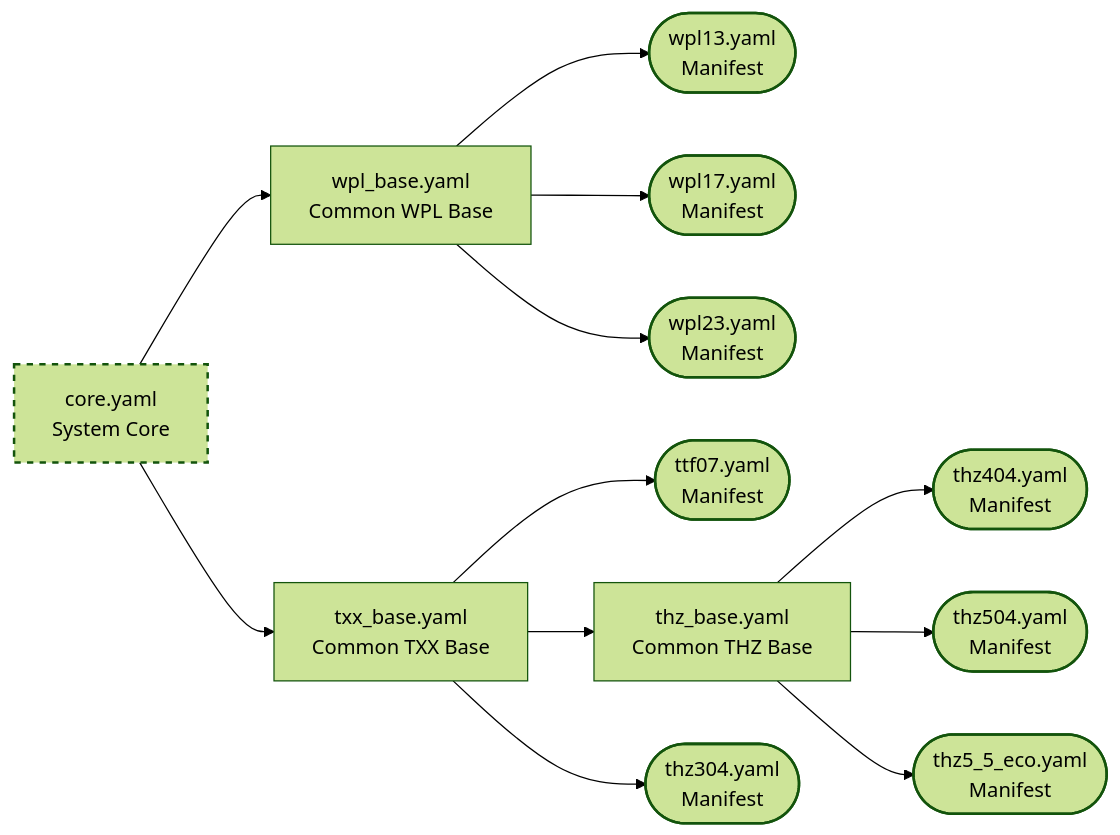
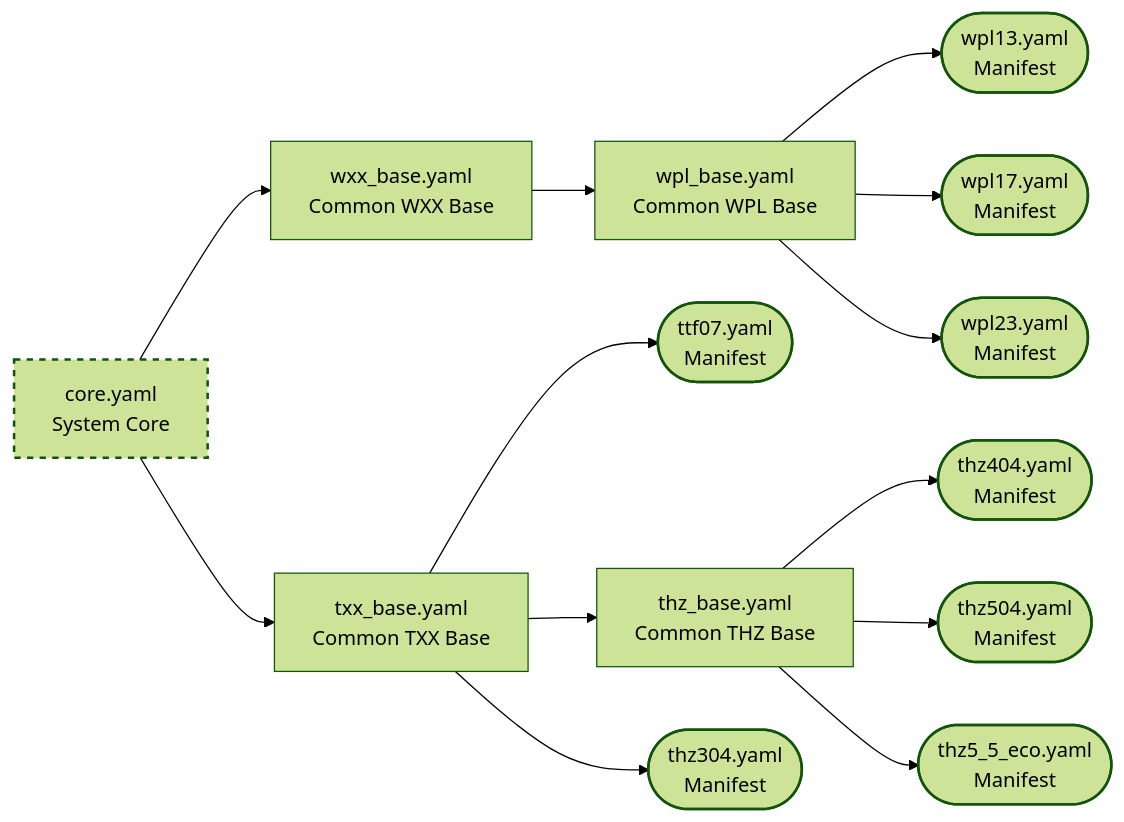
Before and after one commit to kr0ner/OneESP32ToRuleThemAll: the diagram in README.md, drawn with Mermaid (forest theme). The commit also changed 2 other files, not shown here.

Commit message:
Introduce wxx_base.yaml as the shared base for WPL and WPE variants
address #363

The WPM family is not limited to the WPL models. The WPE-I speaks the
same protocol but has no integrated DHW, and its Manager does not serve
the BETRIEBS_STATUS word (verified on a WPE-I 08 HK 230 Premium, where
the panel showed Heizkreispumpe 2 running while all twelve binaries
stayed off).

Split wpl_base.yaml the same way txx_base.yaml and thz_base.yaml are
layered:
- wxx_base.yaml carries everything common to WPL and WPE
- wpl_base.yaml includes it and adds the WPL specific parts, namely the
  Manager BETRIEBS_STATUS binaries and the four DHW energy counters

No behavior change for wpl13, wpl17 and wpl23: they keep including
wpl_base.yaml and end up with exactly the same entities as before.

```diff
--- a/README.md
+++ b/README.md
@@ -121,27 +121,29 @@
 ~~~mermaid
 flowchart LR
-    core[core.yaml<br>System Core] --> wpl_base[wpl_base.yaml<br>Common WPL Base]
+    core[core.yaml<br>System Core] --> wxx[wxx_base.yaml<br>Common WXX Base]
     core --> txx[txx_base.yaml<br>Common TXX Base]
+
+    wxx --> wpl_base[wpl_base.yaml<br>Common WPL Base]
 
     wpl_base --> wpl13([wpl13.yaml<br>Manifest])
     wpl_base --> wpl17([wpl17.yaml<br>Manifest])
     wpl_base --> wpl23([wpl23.yaml<br>Manifest])
 
     txx --> ttf07([ttf07.yaml<br>Manifest])
     txx --> thz[thz_base.yaml<br>Common THZ Base]
     txx --> thz304([thz304.yaml<br>Manifest])
 
     thz --> thz404([thz404.yaml<br>Manifest])
     thz --> thz504([thz504.yaml<br>Manifest])
     thz --> thz55([thz5_5_eco.yaml<br>Manifest])
 
     style core stroke-width:2px,stroke-dasharray: 5 5
     style wpl13 stroke-width:2px
     style wpl17 stroke-width:2px
     style wpl23 stroke-width:2px
     style ttf07 stroke-width:2px
     style thz304 stroke-width:2px
     style thz404 stroke-width:2px
     style thz504 stroke-width:2px
     style thz55 stroke-width:2px
 ~~~
```
